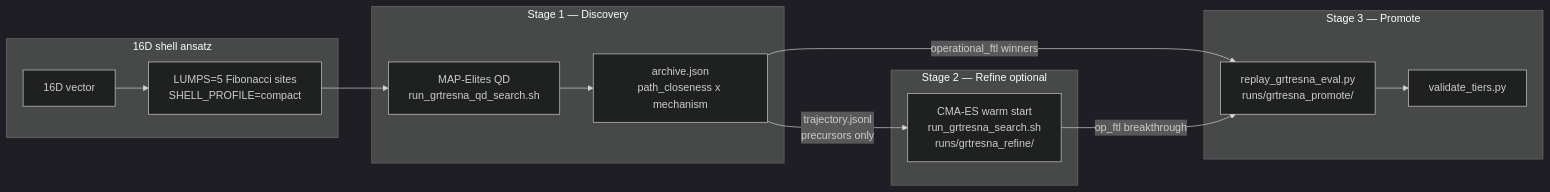
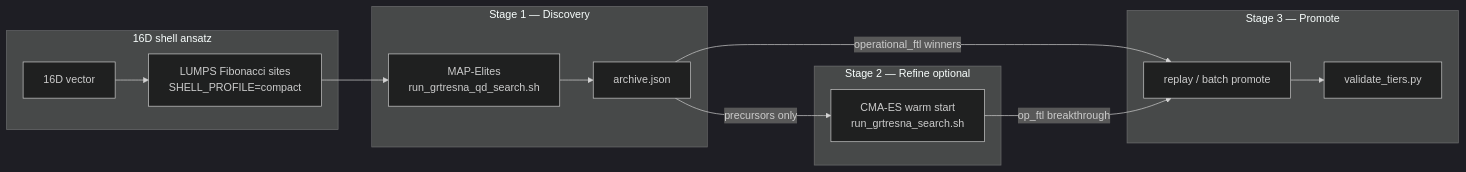
The diagram in grteclyn-wrapper/README.md (Nikchik-coder/GRTeclyn), drawn with Mermaid (dark theme) before and after one commit. The commit also changed other lines of this file and 7 other files, not shown here.

````diff
--- a/grteclyn-wrapper/README.md
+++ b/grteclyn-wrapper/README.md
@@ -961,28 +165,24 @@
 ```mermaid
 flowchart LR
     subgraph shell["16D shell ansatz"]
         V["16D vector"]
-        L["LUMPS=5 Fibonacci sites<br/>SHELL_PROFILE=compact"]
+        L["LUMPS Fibonacci sites<br/>SHELL_PROFILE=compact"]
         V --> L
     end
-
     subgraph s1["Stage 1 — Discovery"]
-        QD["MAP-Elites QD<br/>run_grtresna_qd_search.sh"]
-        A["archive.json<br/>path_closeness x mechanism"]
+        QD["MAP-Elites<br/>run_grtresna_qd_search.sh"]
+        A["archive.json"]
     end
-
     subgraph s2["Stage 2 — Refine optional"]
-        RF["CMA-ES warm start<br/>run_grtresna_search.sh<br/>runs/grtresna_refine/"]
+        RF["CMA-ES warm start<br/>run_grtresna_search.sh"]
     end
-
     subgraph s3["Stage 3 — Promote"]
-        PR["replay_grtresna_eval.py<br/>runs/grtresna_promote/"]
+        PR["replay / batch promote"]
         T["validate_tiers.py"]
     end
-
     L --> QD --> A
-    A -->|"trajectory.jsonl<br/>precursors only"| RF
+    A -->|"precursors only"| RF
     A -->|"operational_ftl winners"| PR
     RF -->|"op_ftl breakthrough"| PR
     PR --> T
 ```
````
